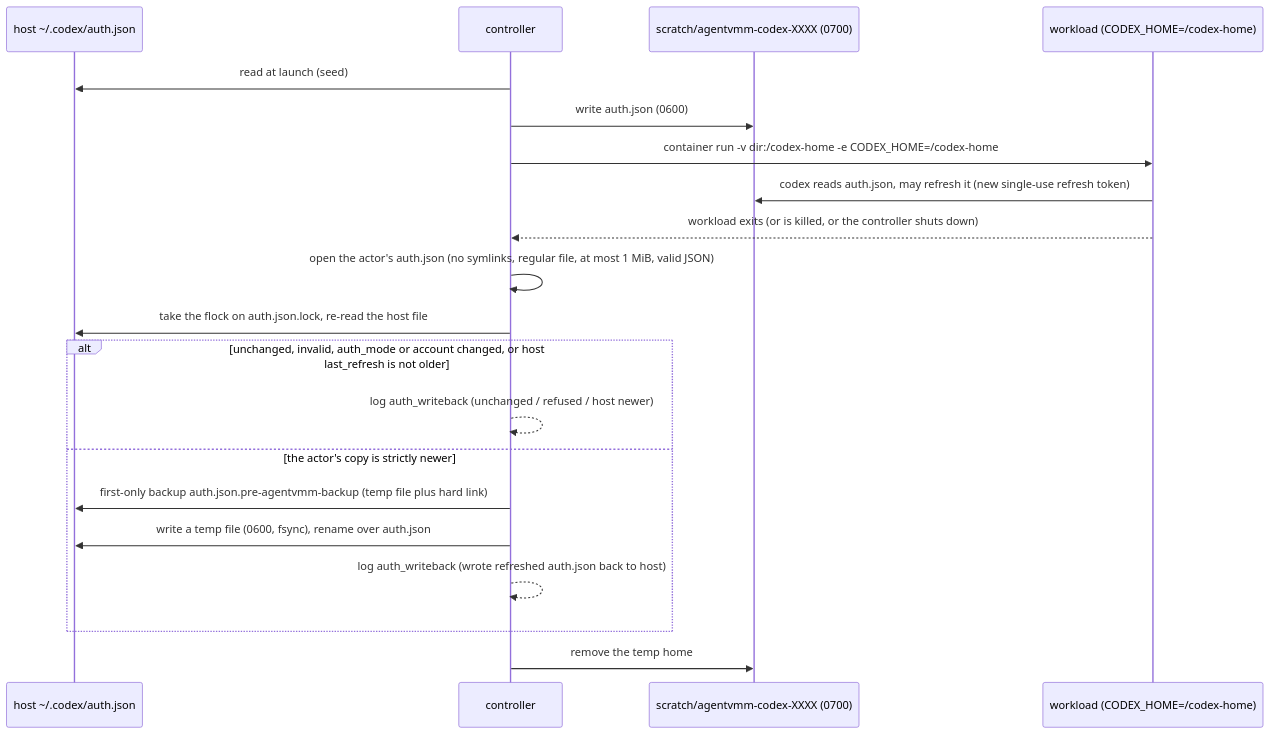
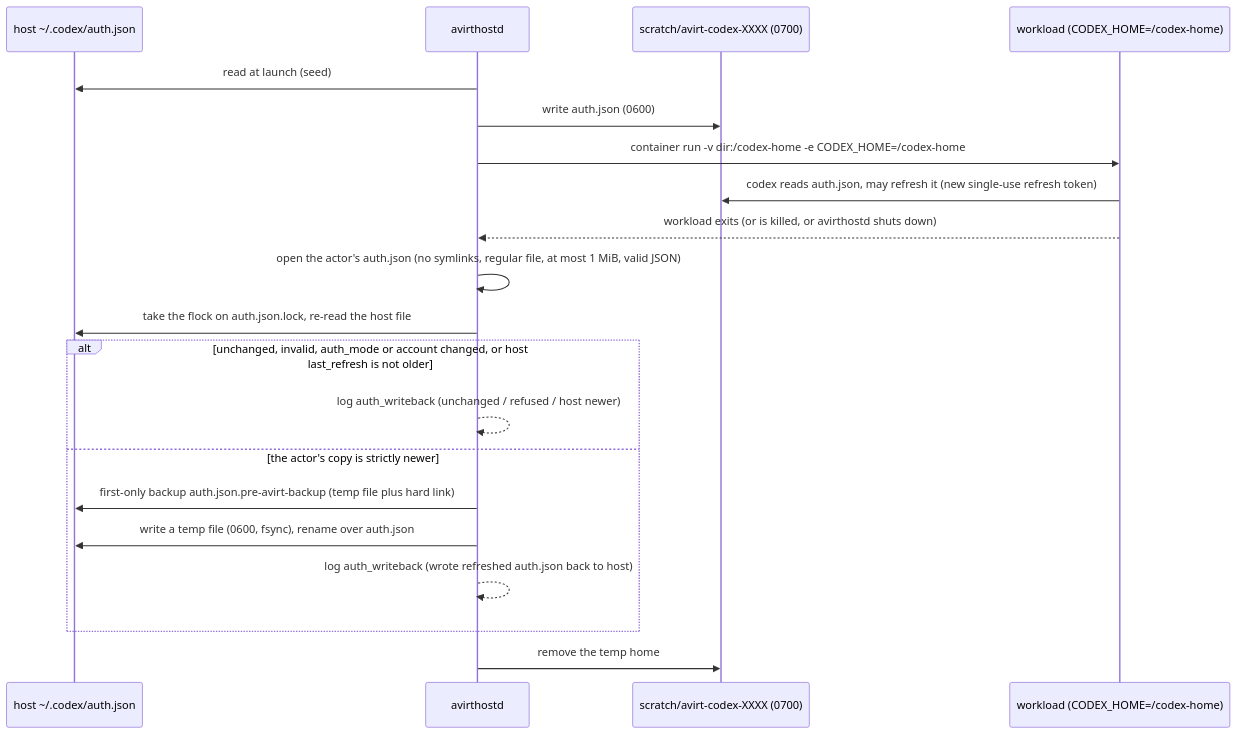
Before and after one commit to tbhb-dev/avirt: the diagram in docs/credentials.md, drawn with Mermaid. The commit also changed other lines of this file and 94 other files, not shown here.

````diff
--- a/docs/credentials.md
+++ b/docs/credentials.md
@@ -20,22 +20,22 @@
 ```mermaid
 sequenceDiagram
     participant H as host ~/.codex/auth.json
-    participant C as controller
-    participant T as scratch/agentvmm-codex-XXXX (0700)
+    participant C as avirthostd
+    participant T as scratch/avirt-codex-XXXX (0700)
     participant W as workload (CODEX_HOME=/codex-home)
     C->>H: read at launch (seed)
     C->>T: write auth.json (0600)
     C->>W: container run -v dir:/codex-home -e CODEX_HOME=/codex-home
     W->>T: codex reads auth.json, may refresh it (new single-use refresh token)
-    W-->>C: workload exits (or is killed, or the controller shuts down)
+    W-->>C: workload exits (or is killed, or avirthostd shuts down)
     C->>C: open the actor's auth.json (no symlinks, regular file, at most 1 MiB, valid JSON)
     C->>H: take the flock on auth.json.lock, re-read the host file
     alt unchanged, invalid, auth_mode or account changed, or host last_refresh is not older
         C-->>C: log auth_writeback (unchanged / refused / host newer)
     else the actor's copy is strictly newer
-        C->>H: first-only backup auth.json.pre-agentvmm-backup (temp file plus hard link)
+        C->>H: first-only backup auth.json.pre-avirt-backup (temp file plus hard link)
         C->>H: write a temp file (0600, fsync), rename over auth.json
         C-->>C: log auth_writeback (wrote refreshed auth.json back to host)
     end
     C->>T: remove the temp home
 ```
````
